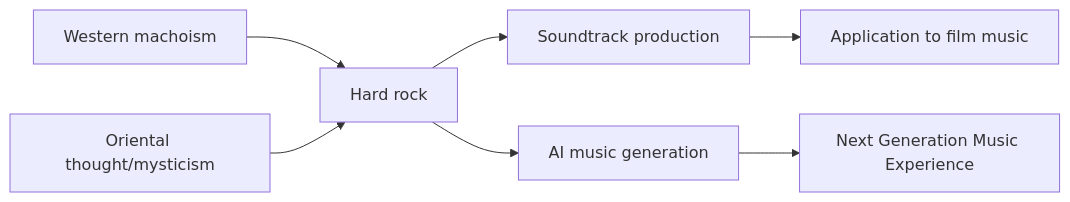
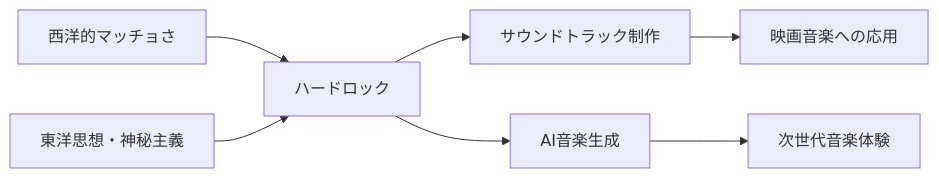
One commit to monumental-movement/monumental-movement.github.io changed the diagram in en/_posts/2025-09-20-Column-Hardrock-Mysticism.md. Above: the diagram before and after it, drawn with Mermaid. The commit also changed other lines of this file and 1701 other files, not shown here.

```diff
--- a/en/_posts/2025-09-20-Column-Hardrock-Mysticism.md
+++ b/en/_posts/2025-09-20-Column-Hardrock-Mysticism.md
@@ -57,11 +56,11 @@
 <div class="mermaid">
 
 flowchart LR
-A["Western machoism"] --> C["Hard rock"]
-B["Oriental thought/mysticism"] --> C
-C --> D["Soundtrack production"]
-C --> E["AI music generation"]
-D --> F["Application to film music"]
-E --> G["Next Generation Music Experience"]
+  A["西洋的マッチョさ"] --> C["ハードロック"]
+  B["東洋思想・神秘主義"] --> C
+  C --> D["サウンドトラック制作"]
+  C --> E["AI音楽生成"]
+  D --> F["映画音楽への応用"]
+  E --> G["次世代音楽体験"]
 
 </div>
```
